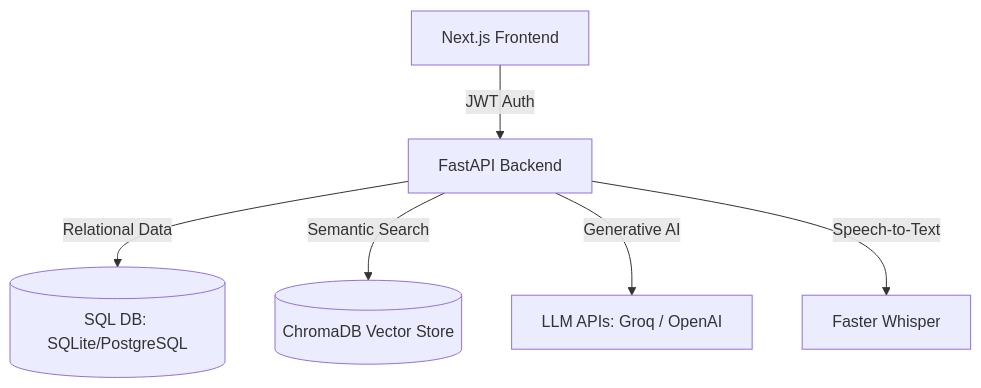
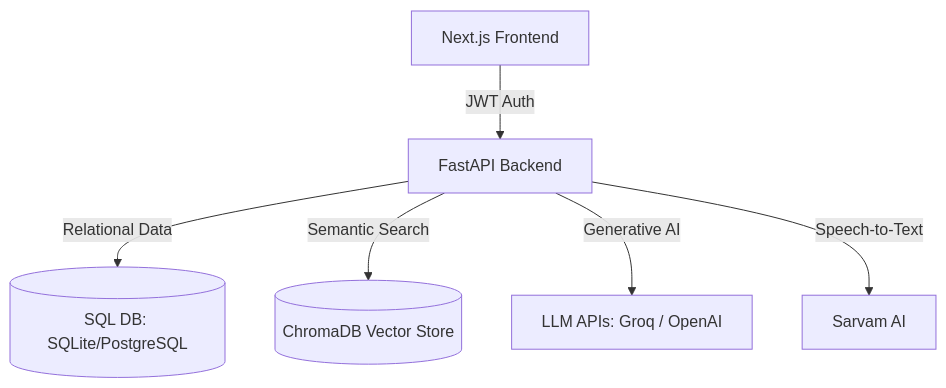
One commit to akshay2004m/careerforge changed the diagram in README.md. Above: the diagram before and after it, drawn with Mermaid. The commit also changed other lines of this file, not shown here.

Commit message:
docs: Update README with live demo badge, technical highlights, and STT info

````diff
--- a/README.md
+++ b/README.md
@@ -32,8 +41,8 @@
 ```mermaid
 graph TD
     UI[Next.js Frontend] -->|JWT Auth| API[FastAPI Backend]
     API -->|Relational Data| SQL[(SQL DB: SQLite/PostgreSQL)]
     API -->|Semantic Search| Vector[(ChromaDB Vector Store)]
     API -->|Generative AI| LLM[LLM APIs: Groq / OpenAI]
-    API -->|Speech-to-Text| Whisper[Faster Whisper]
+    API -->|Speech-to-Text| STT[Sarvam AI]
 ```
````
